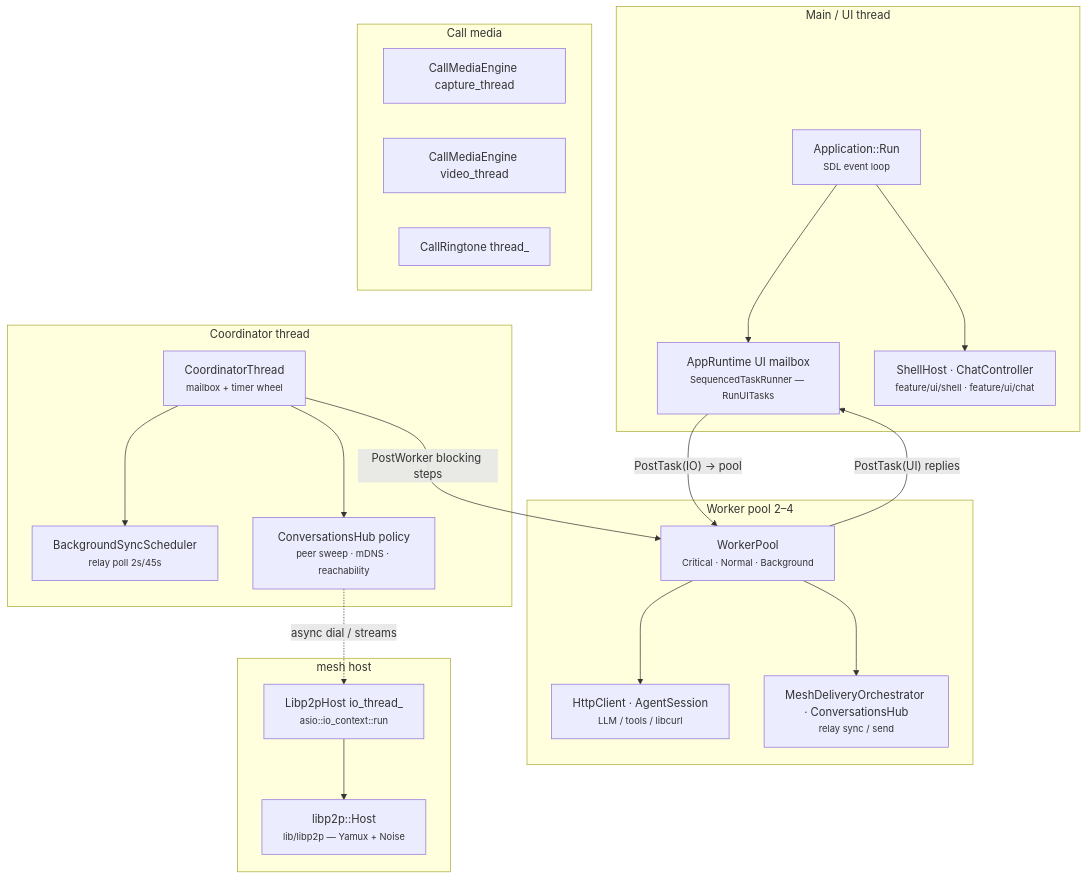
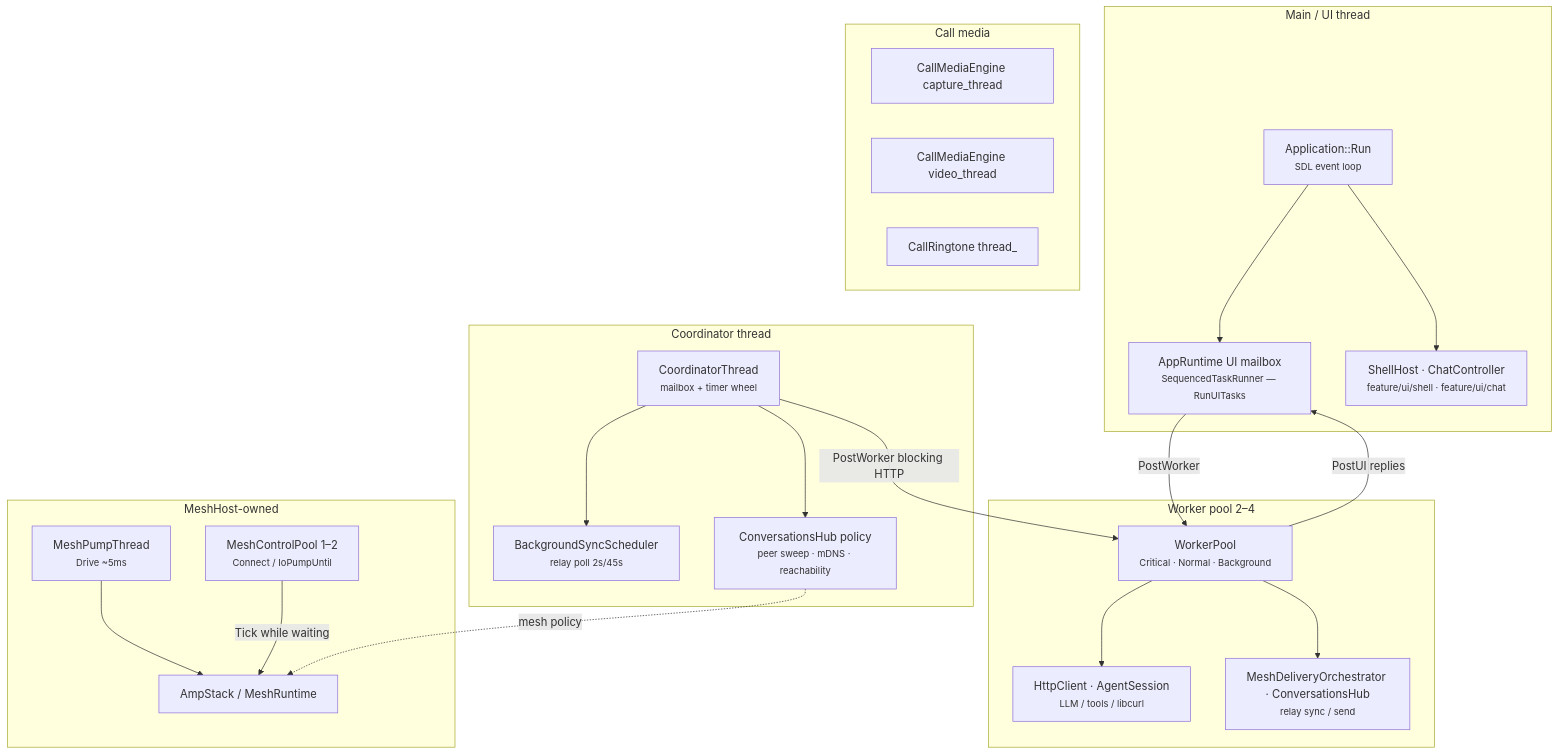
One commit to people-post/pp-browser changed the fourth of 4 diagrams in docs/architecture/RUNTIME_COMPOSITION.md. Above: the diagram before and after it, drawn with Mermaid. The commit also changed other lines of this file and 21 other files, not shown here.

First line of the commit message:
Own Amp MeshPump and MeshControlPool on MeshHost

````diff
--- a/docs/architecture/RUNTIME_COMPOSITION.md
+++ b/docs/architecture/RUNTIME_COMPOSITION.md
@@ -235,43 +235,45 @@
 ```mermaid
 flowchart TB
   subgraph main["Main / UI thread"]
     SDL["Application::Run<br/><small>SDL event loop</small>"]
     UIQ["AppRuntime UI mailbox<br/><small>SequencedTaskRunner — RunUITasks</small>"]
     ShellTick["ShellHost · ChatController<br/><small>feature/ui/shell · feature/ui/chat</small>"]
     SDL --> UIQ
     SDL --> ShellTick
   end
 
   subgraph coord["Coordinator thread"]
     Coord["CoordinatorThread<br/><small>mailbox + timer wheel</small>"]
     RelayPoll["BackgroundSyncScheduler<br/><small>relay poll 2s/45s</small>"]
     HubPolicy["ConversationsHub policy<br/><small>peer sweep · mDNS · reachability</small>"]
     Coord --> RelayPoll
     Coord --> HubPolicy
   end
 
   subgraph pool["Worker pool 2–4"]
     Pool["WorkerPool<br/><small>Critical · Normal · Background</small>"]
     Http["HttpClient · AgentSession<br/><small>LLM / tools / libcurl</small>"]
     P2pWork["MeshDeliveryOrchestrator · ConversationsHub<br/><small>relay sync / send</small>"]
     Pool --> Http
     Pool --> P2pWork
   end
 
-  subgraph libp2p_stack["mesh host"]
-    LpIo["Libp2pHost io_thread_<br/><small>asio::io_context::run</small>"]
-    Host["libp2p::Host<br/><small>lib/libp2p — Yamux + Noise</small>"]
-    LpIo --> Host
+  subgraph mesh_host["MeshHost-owned"]
+    Pump["MeshPumpThread<br/><small>Drive ~5ms</small>"]
+    Ctrl["MeshControlPool 1–2<br/><small>Connect / IoPumpUntil</small>"]
+    Amp["AmpStack / MeshRuntime"]
+    Pump --> Amp
+    Ctrl -->|"Tick while waiting"| Amp
   end
 
   subgraph media_stack["Call media"]
     Cap["CallMediaEngine capture_thread"]
     Vid["CallMediaEngine video_thread"]
     Ring["CallRingtone thread_"]
   end
 
-  UIQ -->|"PostTask(IO) → pool"| Pool
-  Pool -->|"PostTask(UI) replies"| UIQ
-  Coord -->|"PostWorker blocking steps"| Pool
-  HubPolicy -.->|"async dial / streams"| LpIo
+  UIQ -->|"PostWorker"| Pool
+  Pool -->|"PostUI replies"| UIQ
+  Coord -->|"PostWorker blocking HTTP"| Pool
+  HubPolicy -.->|"mesh policy"| Amp
 ```
````
